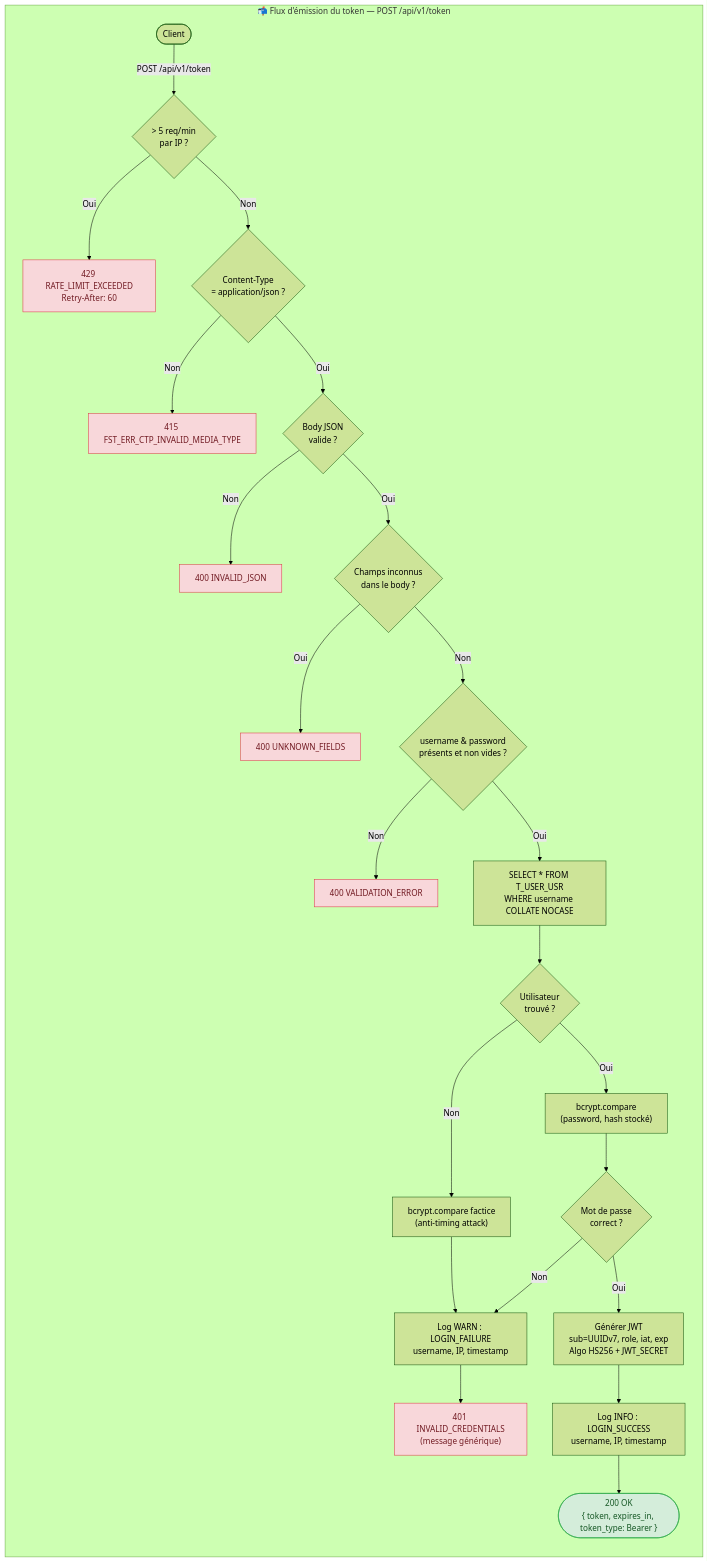
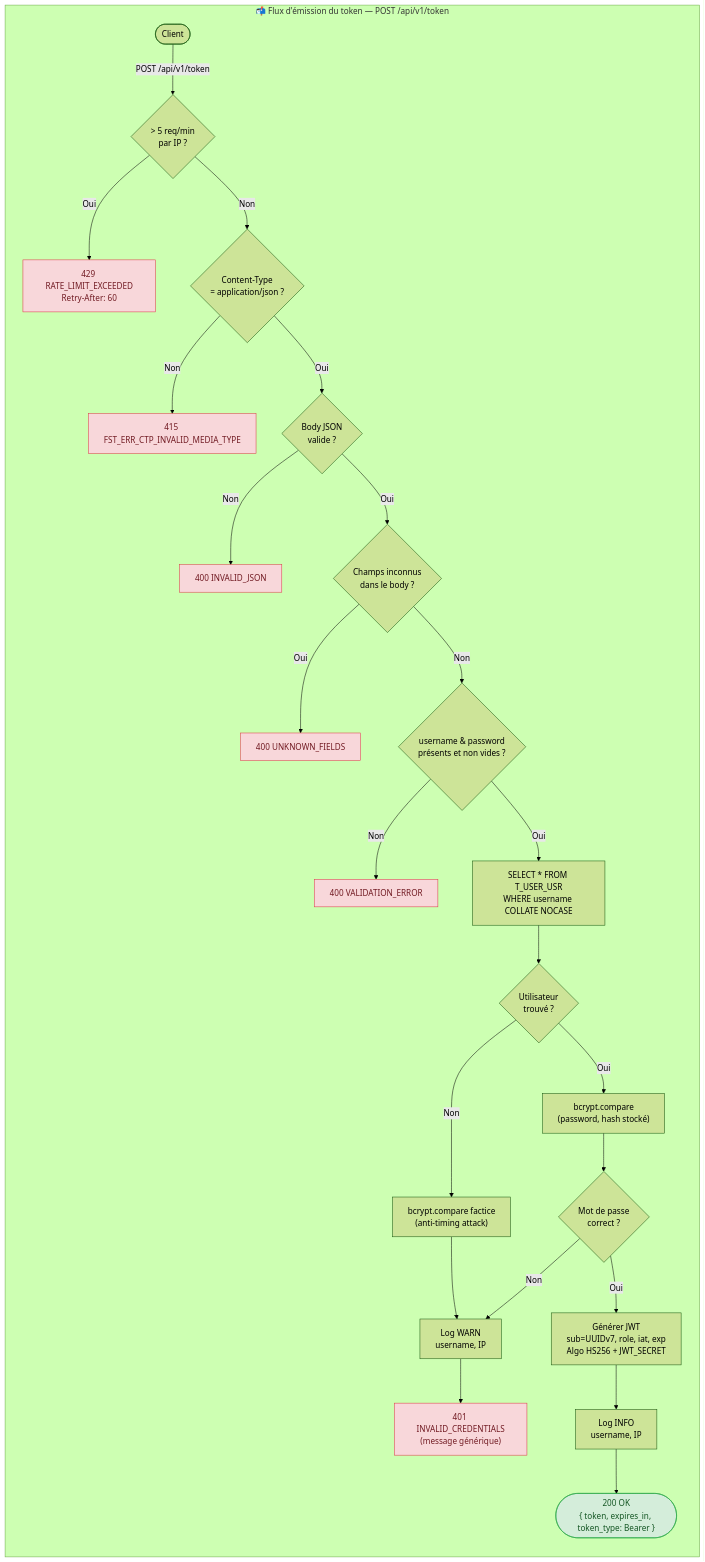
One commit to ODehel/quiz-live-server changed the diagram in docs/specs/diagrams/US-003-authentication-token.mmd. Above: the diagram before and after it, drawn with Mermaid. The commit also changed 5 other files, not shown here.

```diff
--- a/docs/specs/diagrams/US-003-authentication-token.mmd
+++ b/docs/specs/diagrams/US-003-authentication-token.mmd
@@ -1,32 +1,32 @@
 %%{init: {"theme": "forest", "flowchart": {"curve": "basis"}}}%%
 flowchart TD
     subgraph TOKEN["📬 Flux d'émission du token — POST /api/v1/token"]
         direction TB
         REQ(["Client"]) -->|"POST /api/v1/token"| RL
         RL{"> 5 req/min\npar IP ?"}
         RL -->|"Oui"| E429["429 RATE_LIMIT_EXCEEDED\nRetry-After: 60"]
         RL -->|"Non"| CT{"Content-Type\n= application/json ?"}
         CT -->|"Non"| E415["415 FST_ERR_CTP_INVALID_MEDIA_TYPE"]
         CT -->|"Oui"| J{"Body JSON\nvalide ?"}
         J -->|"Non"| E400a["400 INVALID_JSON"]
         J -->|"Oui"| UF{"Champs inconnus\ndans le body ?"}
         UF -->|"Oui"| E400b["400 UNKNOWN_FIELDS"]
         UF -->|"Non"| FIELDS{"username & password\nprésents et non vides ?"}
         FIELDS -->|"Non"| E400c["400 VALIDATION_ERROR"]
         FIELDS -->|"Oui"| DB["SELECT * FROM T_USER_USR\nWHERE username COLLATE NOCASE"]
         DB --> UEXIST{"Utilisateur\ntrouvé ?"}
         UEXIST -->|"Non"| FAKE["bcrypt.compare factice\n(anti-timing attack)"]
-        FAKE --> LOGFAIL["Log WARN : LOGIN_FAILURE\nusername, IP, timestamp"]
+        FAKE --> LOGFAIL["Log WARN\nusername, IP"]
         LOGFAIL --> E401["401 INVALID_CREDENTIALS\n(message générique)"]
         UEXIST -->|"Oui"| BC["bcrypt.compare\n(password, hash stocké)"]
         BC --> MATCH{"Mot de passe\ncorrect ?"}
         MATCH -->|"Non"| LOGFAIL
         MATCH -->|"Oui"| GEN["Générer JWT\nsub=UUIDv7, role, iat, exp\nAlgo HS256 + JWT_SECRET"]
-        GEN --> LOGOK["Log INFO : LOGIN_SUCCESS\nusername, IP, timestamp"]
+        GEN --> LOGOK["Log INFO\nusername, IP"]
         LOGOK --> OK(["200 OK\n{ token, expires_in, token_type: Bearer }"])
     end
 
     classDef error fill:#f8d7da,stroke:#dc3545,color:#721c24
     classDef success fill:#d4edda,stroke:#28a745,color:#155724
     class E429,E415,E400a,E400b,E400c,E401 error
     class OK success
```
